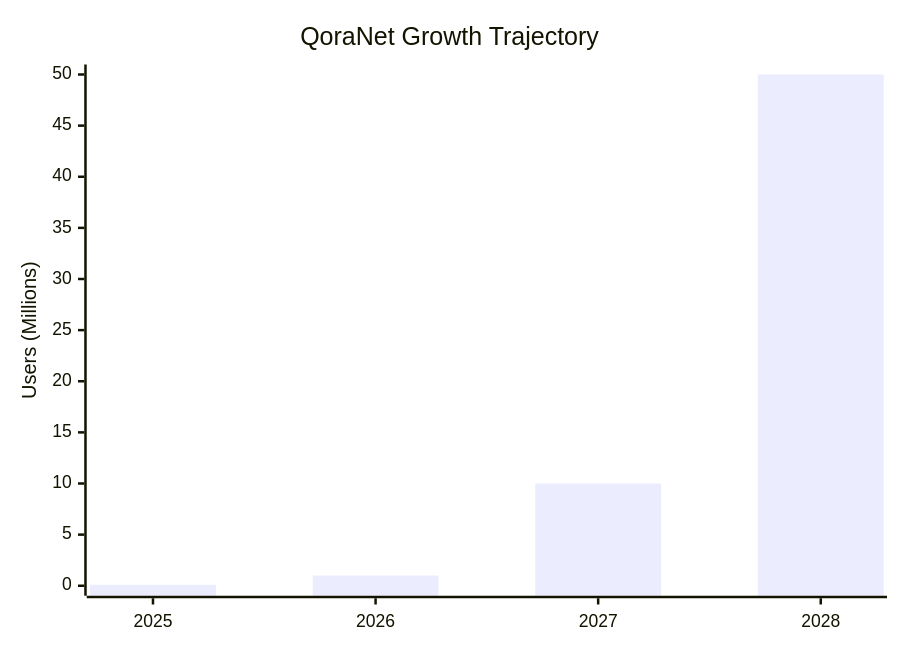
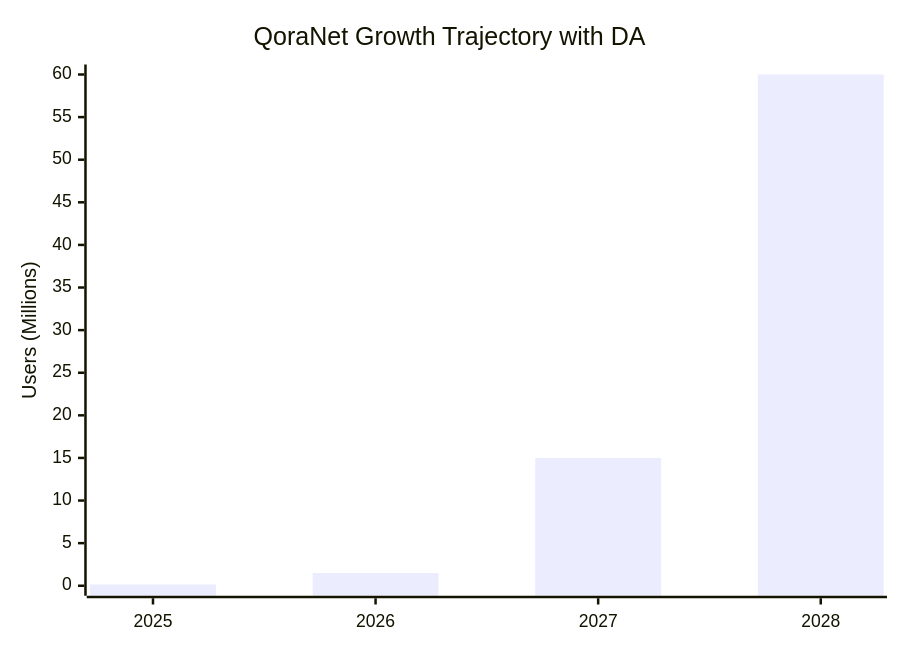
The fourth of 12 diagrams in profile/README.md (QoraNet/.github), drawn with Mermaid before and after one commit. The commit also changed other lines of this file, not shown here.

````diff
--- a/profile/README.md
+++ b/profile/README.md
@@ -88,7 +138,7 @@
 ```mermaid
 xychart-beta
-    title "QoraNet Growth Trajectory"
+    title "QoraNet Growth Trajectory with DA"
     x-axis [2025, 2026, 2027, 2028]
-    y-axis "Users (Millions)" 0 --> 50
-    bar [0.1, 1, 10, 50]
+    y-axis "Users (Millions)" 0 --> 60
+    bar [0.15, 1.5, 15, 60]
 ```
````
